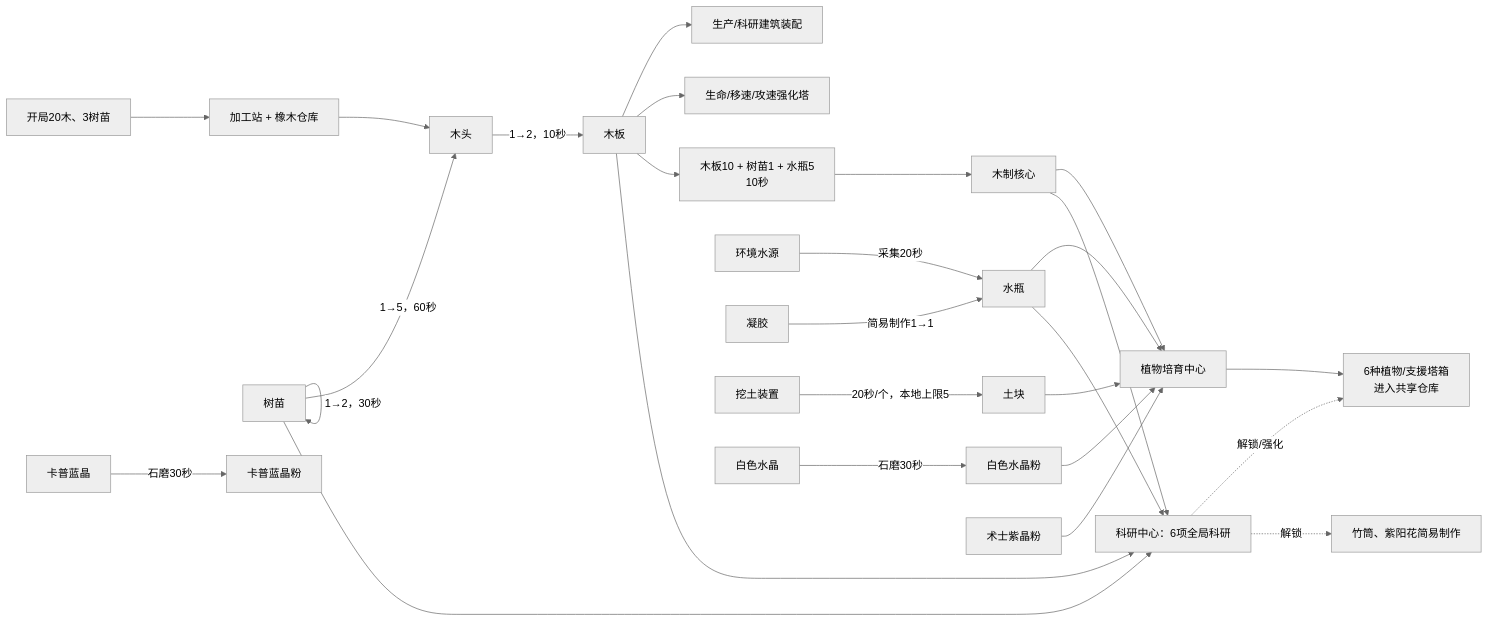
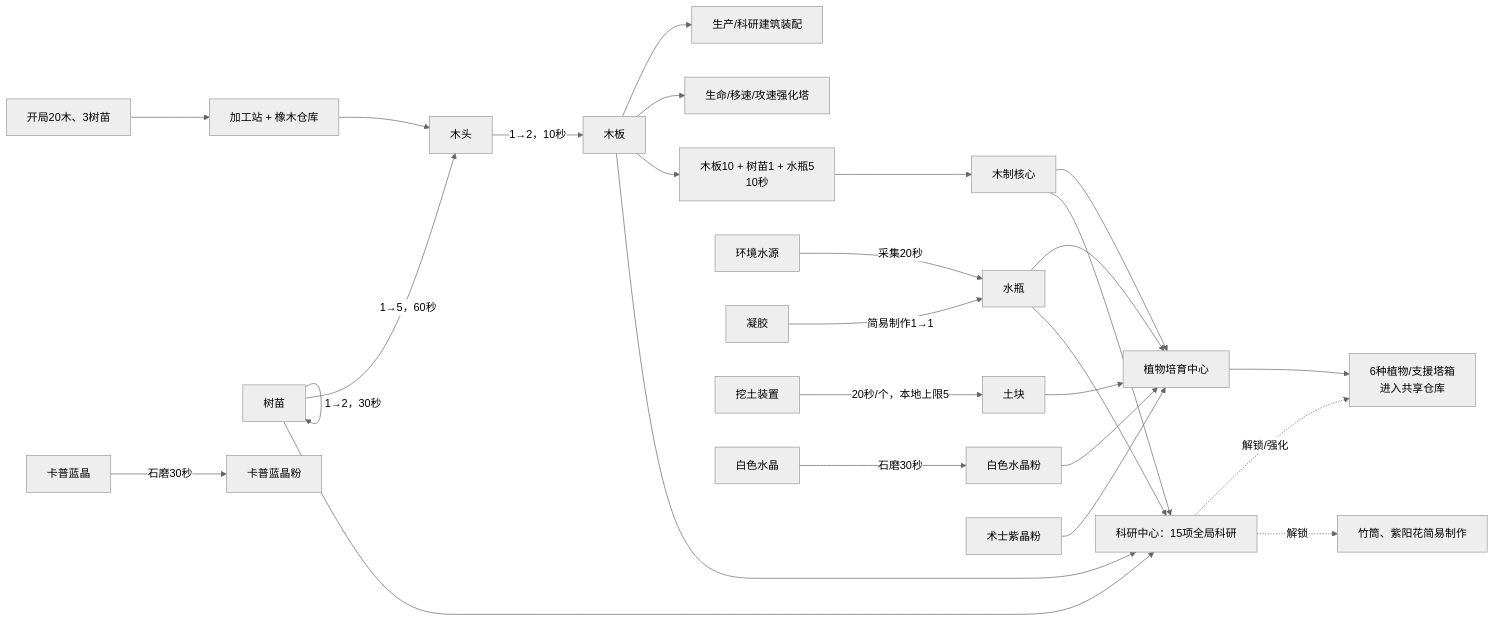
Before and after one commit to wanheng20031114/arc-nice: the third of 9 diagrams in reports/tower_defense_production_flow.md, drawn with Mermaid (neutral theme). The commit also changed other lines of this file, not shown here.

````diff
--- a/reports/tower_defense_production_flow.md
+++ b/reports/tower_defense_production_flow.md
@@ -70,33 +70,33 @@
 ```mermaid
 flowchart LR
     Start["开局20木、3树苗"] --> Bootstrap["加工站 + 橡木仓库"]
     Bootstrap --> Wood["木头"]
     Wood -->|"1→2，10秒"| Plank["木板"]
     Sapling["树苗"] -->|"1→2，30秒"| Sapling
     Sapling -->|"1→5，60秒"| Wood
 
     Plank --> Utility["生产/科研建筑装配"]
     Plank --> Support["生命/移速/攻速强化塔"]
     Plank --> CoreRecipe["木板10 + 树苗1 + 水瓶5<br/>10秒"]
     CoreRecipe --> Core["木制核心"]
 
     WaterSource["环境水源"] -->|"采集20秒"| Water["水瓶"]
     Gel["凝胶"] -->|"简易制作1→1"| Water
     Core --> Cultivation["植物培育中心"]
     Water --> Cultivation
     Dirt["土块"] --> Cultivation
     WhitePowder["白色水晶粉"] --> Cultivation
     VioletPowder["术士紫晶粉"] --> Cultivation
     Cultivation --> Towers["6种植物/支援塔箱<br/>进入共享仓库"]
 
     Excavator["挖土装置"] -->|"20秒/个，本地上限5"| Dirt
     WhiteCrystal["白色水晶"] -->|"石磨30秒"| WhitePowder
     BlueCrystal["卡普蓝晶"] -->|"石磨30秒"| BluePowder["卡普蓝晶粉"]
 
-    Plank --> Research["科研中心：6项全局科研"]
+    Plank --> Research["科研中心：15项全局科研"]
     Water --> Research
     Sapling --> Research
     Core --> Research
     Research -.->|"解锁/强化"| Towers
     Research -.->|"解锁"| SimpleRoutes["竹筒、紫阳花简易制作"]
 ```
````
